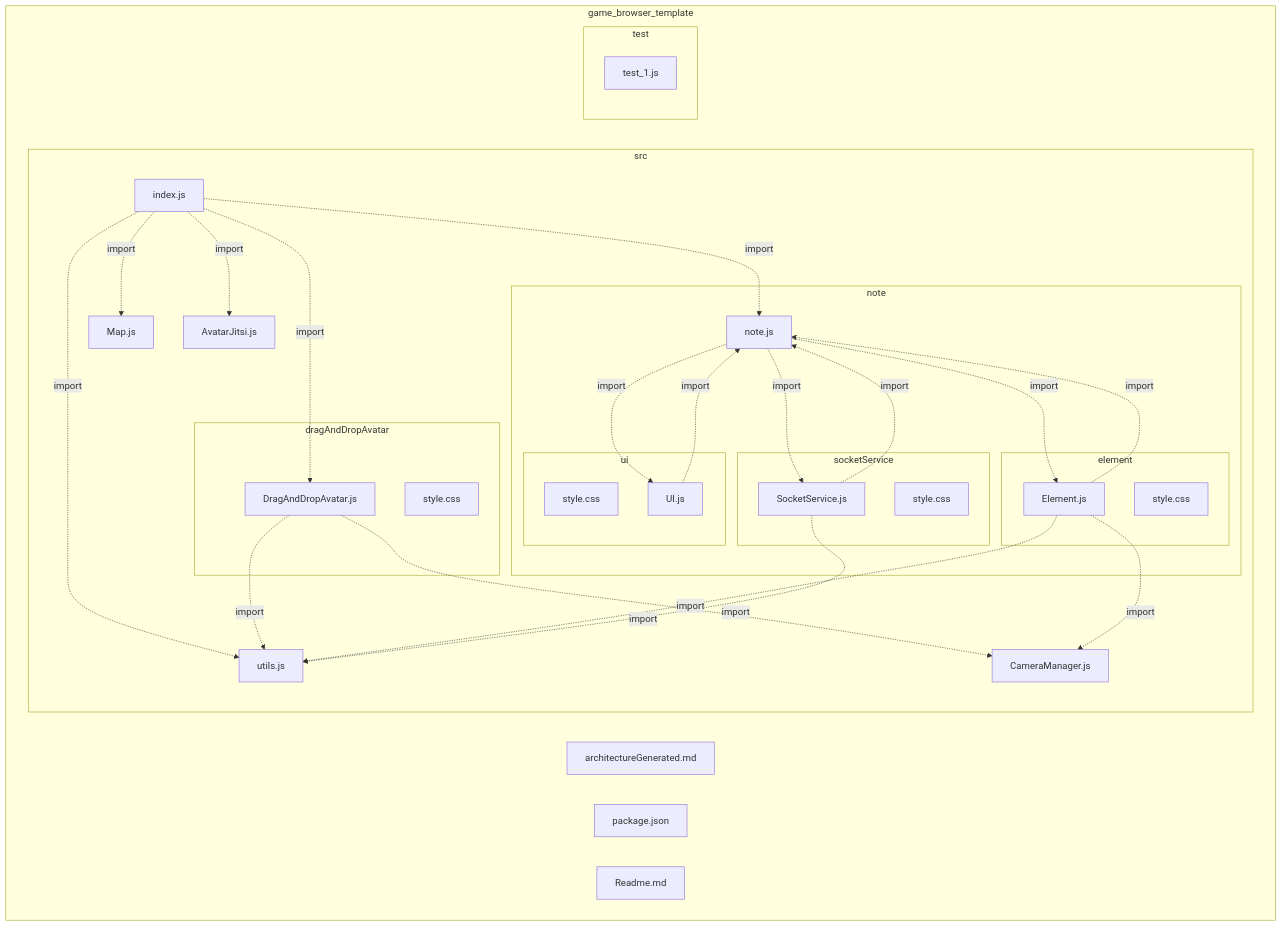
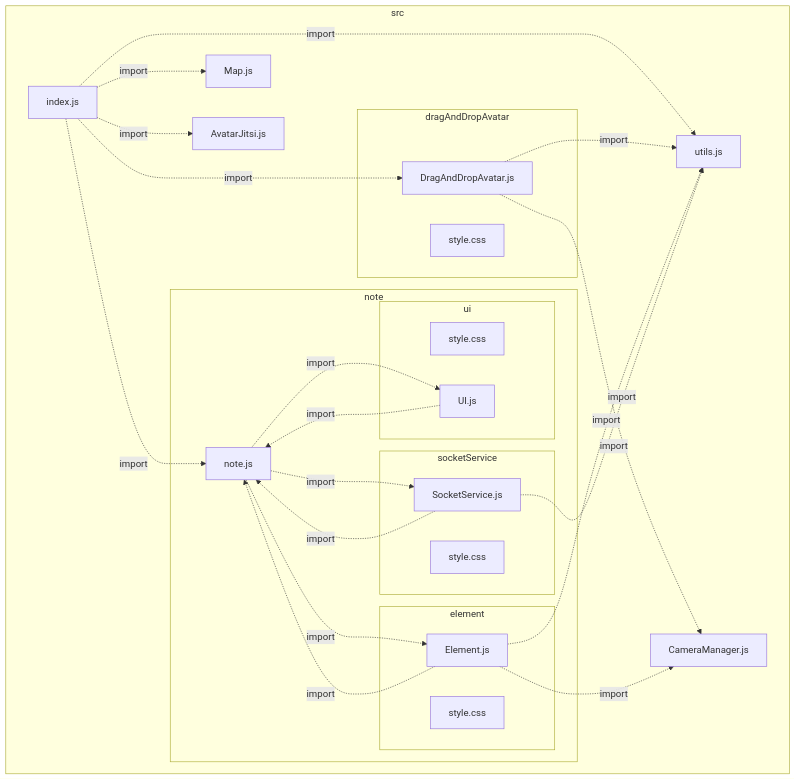
Before and after one commit to VCityTeam/UD-Viz: the diagram in packages/game_browser_template/architectureGenerated.md, drawn with Mermaid. The commit also changed 25 other files, not shown here.

Commit message:
update(doc):generate diagrams from *package*/src/

````diff
--- a/packages/game_browser_template/architectureGenerated.md
+++ b/packages/game_browser_template/architectureGenerated.md
@@ -1,53 +1,45 @@
 ```mermaid
 flowchart
- subgraph IDgame5fbrowser5ftemplate["game_browser_template"]
-  IDgame5fbrowser5ftemplateArchitectureGenerated2emd["architectureGenerated.md"]
-  IDgame5fbrowser5ftemplatePackage2ejson["package.json"]
-  IDgame5fbrowser5ftemplateReadme2emd["Readme.md"]
-  subgraph IDgame5fbrowser5ftemplateSrc["src"]
-   IDgame5fbrowser5ftemplateSrcAvatarJitsi2ejs["AvatarJitsi.js"]
-   IDgame5fbrowser5ftemplateSrcCameraManager2ejs["CameraManager.js"]
-   IDgame5fbrowser5ftemplateSrcIndex2ejs["index.js"]
-   IDgame5fbrowser5ftemplateSrcMap2ejs["Map.js"]
-   IDgame5fbrowser5ftemplateSrcUtils2ejs["utils.js"]
-   subgraph IDgame5fbrowser5ftemplateSrcDragAndDropAvatar["dragAndDropAvatar"]
-    IDgame5fbrowser5ftemplateSrcDragAndDropAvatarDragAndDropAvatar2ejs["DragAndDropAvatar.js"]
-    IDgame5fbrowser5ftemplateSrcDragAndDropAvatarStyle2ecss["style.css"]
+ subgraph IDsrc["src"]
+  IDsrcAvatarJitsi2ejs["AvatarJitsi.js"]
+  IDsrcCameraManager2ejs["CameraManager.js"]
+  IDsrcIndex2ejs["index.js"]
+  IDsrcMap2ejs["Map.js"]
+  IDsrcUtils2ejs["utils.js"]
+  subgraph IDsrcDragAndDropAvatar["dragAndDropAvatar"]
+   IDsrcDragAndDropAvatarDragAndDropAvatar2ejs["DragAndDropAvatar.js"]
+   IDsrcDragAndDropAvatarStyle2ecss["style.css"]
+  end
+  subgraph IDsrcNote["note"]
+   IDsrcNoteNote2ejs["note.js"]
+   subgraph IDsrcNoteElement["element"]
+    IDsrcNoteElementElement2ejs["Element.js"]
+    IDsrcNoteElementStyle2ecss["style.css"]
    end
-   subgraph IDgame5fbrowser5ftemplateSrcNote["note"]
-    IDgame5fbrowser5ftemplateSrcNoteNote2ejs["note.js"]
-    subgraph IDgame5fbrowser5ftemplateSrcNoteElement["element"]
-     IDgame5fbrowser5ftemplateSrcNoteElementElement2ejs["Element.js"]
-     IDgame5fbrowser5ftemplateSrcNoteElementStyle2ecss["style.css"]
-    end
-    subgraph IDgame5fbrowser5ftemplateSrcNoteSocketService["socketService"]
-     IDgame5fbrowser5ftemplateSrcNoteSocketServiceSocketService2ejs["SocketService.js"]
-     IDgame5fbrowser5ftemplateSrcNoteSocketServiceStyle2ecss["style.css"]
-    end
-    subgraph IDgame5fbrowser5ftemplateSrcNoteUi["ui"]
-     IDgame5fbrowser5ftemplateSrcNoteUiStyle2ecss["style.css"]
-     IDgame5fbrowser5ftemplateSrcNoteUiUI2ejs["UI.js"]
-    end
+   subgraph IDsrcNoteSocketService["socketService"]
+    IDsrcNoteSocketServiceSocketService2ejs["SocketService.js"]
+    IDsrcNoteSocketServiceStyle2ecss["style.css"]
+   end
+   subgraph IDsrcNoteUi["ui"]
+    IDsrcNoteUiStyle2ecss["style.css"]
+    IDsrcNoteUiUI2ejs["UI.js"]
    end
   end
-  subgraph IDgame5fbrowser5ftemplateTest["test"]
-   IDgame5fbrowser5ftemplateTestTest5f12ejs["test_1.js"]
-  end
  end
-IDgame5fbrowser5ftemplateSrcIndex2ejs-.->|import|IDgame5fbrowser5ftemplateSrcUtils2ejs
-IDgame5fbrowser5ftemplateSrcIndex2ejs-.->|import|IDgame5fbrowser5ftemplateSrcMap2ejs
-IDgame5fbrowser5ftemplateSrcIndex2ejs-.->|import|IDgame5fbrowser5ftemplateSrcDragAndDropAvatarDragAndDropAvatar2ejs
-IDgame5fbrowser5ftemplateSrcIndex2ejs-.->|import|IDgame5fbrowser5ftemplateSrcAvatarJitsi2ejs
-IDgame5fbrowser5ftemplateSrcIndex2ejs-.->|import|IDgame5fbrowser5ftemplateSrcNoteNote2ejs
-IDgame5fbrowser5ftemplateSrcDragAndDropAvatarDragAndDropAvatar2ejs-.->|import|IDgame5fbrowser5ftemplateSrcUtils2ejs
-IDgame5fbrowser5ftemplateSrcDragAndDropAvatarDragAndDropAvatar2ejs-.->|import|IDgame5fbrowser5ftemplateSrcCameraManager2ejs
-IDgame5fbrowser5ftemplateSrcNoteNote2ejs-.->|import|IDgame5fbrowser5ftemplateSrcNoteUiUI2ejs
-IDgame5fbrowser5ftemplateSrcNoteNote2ejs-.->|import|IDgame5fbrowser5ftemplateSrcNoteSocketServiceSocketService2ejs
-IDgame5fbrowser5ftemplateSrcNoteNote2ejs-.->|import|IDgame5fbrowser5ftemplateSrcNoteElementElement2ejs
-IDgame5fbrowser5ftemplateSrcNoteElementElement2ejs-.->|import|IDgame5fbrowser5ftemplateSrcCameraManager2ejs
-IDgame5fbrowser5ftemplateSrcNoteElementElement2ejs-.->|import|IDgame5fbrowser5ftemplateSrcUtils2ejs
-IDgame5fbrowser5ftemplateSrcNoteElementElement2ejs-.->|import|IDgame5fbrowser5ftemplateSrcNoteNote2ejs
-IDgame5fbrowser5ftemplateSrcNoteSocketServiceSocketService2ejs-.->|import|IDgame5fbrowser5ftemplateSrcNoteNote2ejs
-IDgame5fbrowser5ftemplateSrcNoteSocketServiceSocketService2ejs-.->|import|IDgame5fbrowser5ftemplateSrcUtils2ejs
-IDgame5fbrowser5ftemplateSrcNoteUiUI2ejs-.->|import|IDgame5fbrowser5ftemplateSrcNoteNote2ejs
+IDsrcIndex2ejs-.->|import|IDsrcUtils2ejs
+IDsrcIndex2ejs-.->|import|IDsrcMap2ejs
+IDsrcIndex2ejs-.->|import|IDsrcDragAndDropAvatarDragAndDropAvatar2ejs
+IDsrcIndex2ejs-.->|import|IDsrcAvatarJitsi2ejs
+IDsrcIndex2ejs-.->|import|IDsrcNoteNote2ejs
+IDsrcDragAndDropAvatarDragAndDropAvatar2ejs-.->|import|IDsrcUtils2ejs
+IDsrcDragAndDropAvatarDragAndDropAvatar2ejs-.->|import|IDsrcCameraManager2ejs
+IDsrcNoteNote2ejs-.->|import|IDsrcNoteUiUI2ejs
+IDsrcNoteNote2ejs-.->|import|IDsrcNoteSocketServiceSocketService2ejs
+IDsrcNoteNote2ejs-.->|import|IDsrcNoteElementElement2ejs
+IDsrcNoteElementElement2ejs-.->|import|IDsrcCameraManager2ejs
+IDsrcNoteElementElement2ejs-.->|import|IDsrcUtils2ejs
+IDsrcNoteElementElement2ejs-.->|import|IDsrcNoteNote2ejs
+IDsrcNoteSocketServiceSocketService2ejs-.->|import|IDsrcNoteNote2ejs
+IDsrcNoteSocketServiceSocketService2ejs-.->|import|IDsrcUtils2ejs
+IDsrcNoteUiUI2ejs-.->|import|IDsrcNoteNote2ejs
 ```
````
